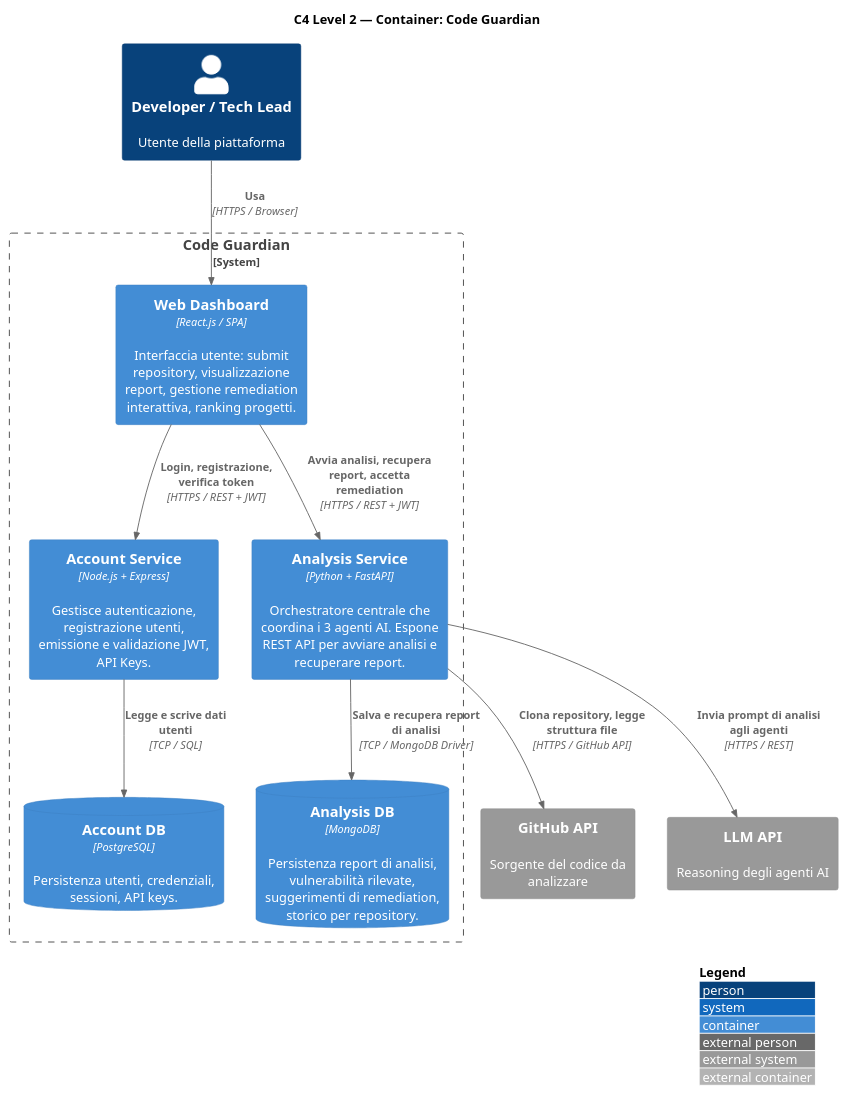
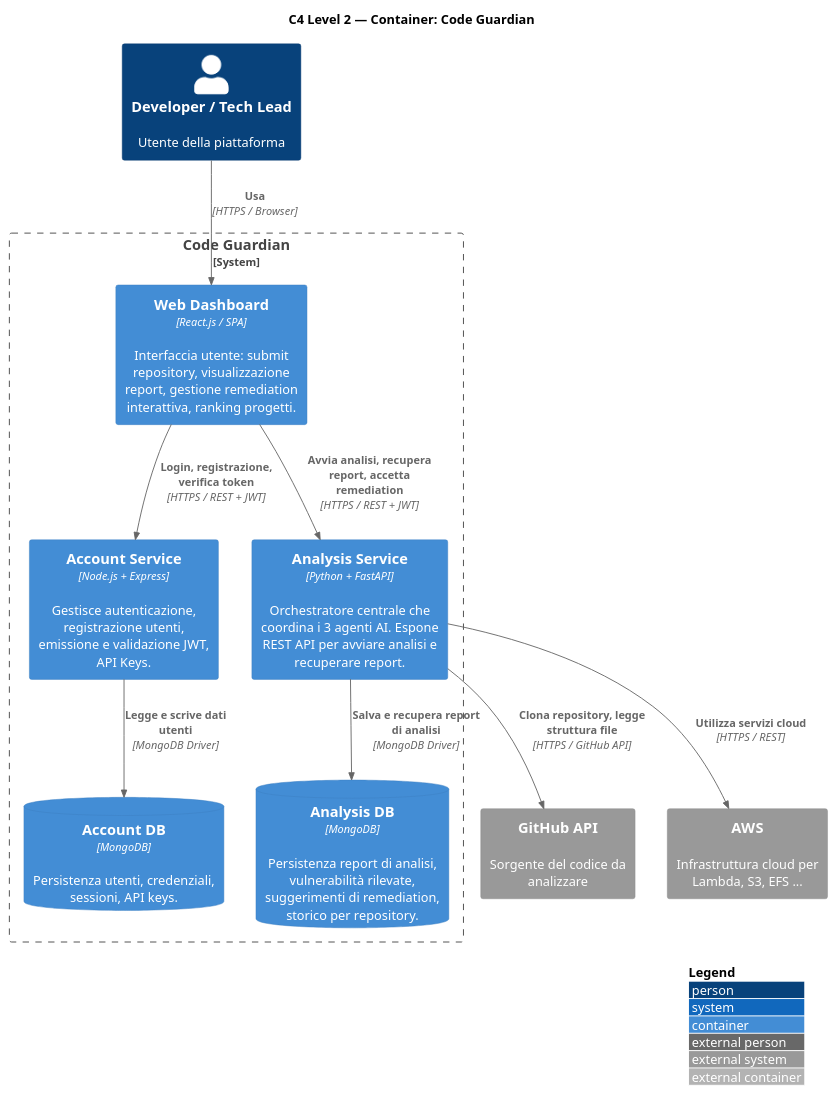
One commit to SkarabGroup/DocumentazioneProgetto changed the diagram in assets/st_diagrams/containers/plantuml/bozza.plantuml. Above: the diagram before and after it, drawn with PlantUML. The commit also changed 1 other file, not shown here.

```diff
--- a/assets/st_diagrams/containers/plantuml/bozza.plantuml
+++ b/assets/st_diagrams/containers/plantuml/bozza.plantuml
@@ -2,36 +2,36 @@
 @startuml C4_Level2_Container
 !include https://raw.githubusercontent.com/plantuml-stdlib/C4-PlantUML/master/C4_Container.puml
 
 LAYOUT_WITH_LEGEND()
 
 title C4 Level 2 — Container: Code Guardian
 
 Person(developer, "Developer / Tech Lead", "Utente della piattaforma")
 
 System_Boundary(codeGuardian, "Code Guardian") {
 
     Container(frontend, "Web Dashboard", "React.js / SPA", "Interfaccia utente: submit repository, visualizzazione report, gestione remediation interattiva, ranking progetti.")
 
     Container(accountService, "Account Service", "Node.js + Express", "Gestisce autenticazione, registrazione utenti, emissione e validazione JWT, API Keys.")
 
     Container(analysisService, "Analysis Service", "Python + FastAPI", "Orchestratore centrale che coordina i 3 agenti AI. Espone REST API per avviare analisi e recuperare report.")
 
-    ContainerDb(accountDb, "Account DB", "PostgreSQL", "Persistenza utenti, credenziali, sessioni, API keys.")
+    ContainerDb(accountDb, "Account DB", "MongoDB", "Persistenza utenti, credenziali, sessioni, API keys.")
 
     ContainerDb(analysisDb, "Analysis DB", "MongoDB", "Persistenza report di analisi, vulnerabilità rilevate, suggerimenti di remediation, storico per repository.")
 }
 
 System_Ext(github, "GitHub API", "Sorgente del codice da analizzare")
-System_Ext(llmApi, "LLM API", "Reasoning degli agenti AI")
+System_Ext(aws, "AWS", "Infrastruttura cloud per Lambda, S3, EFS ...")
 
 Rel(developer, frontend, "Usa", "HTTPS / Browser")
 Rel(frontend, accountService, "Login, registrazione, verifica token", "HTTPS / REST + JWT")
 Rel(frontend, analysisService, "Avvia analisi, recupera report, accetta remediation", "HTTPS / REST + JWT")
 
-Rel(accountService, accountDb, "Legge e scrive dati utenti", "TCP / SQL")
-Rel(analysisService, analysisDb, "Salva e recupera report di analisi", "TCP / MongoDB Driver")
+Rel(accountService, accountDb, "Legge e scrive dati utenti", "MongoDB Driver")
+Rel(analysisService, analysisDb, "Salva e recupera report di analisi", "MongoDB Driver")
 
 Rel(analysisService, github, "Clona repository, legge struttura file", "HTTPS / GitHub API")
-Rel(analysisService, llmApi, "Invia prompt di analisi agli agenti", "HTTPS / REST")
+Rel(analysisService, aws, "Utilizza servizi cloud", "HTTPS / REST")
 
 @enduml
```
